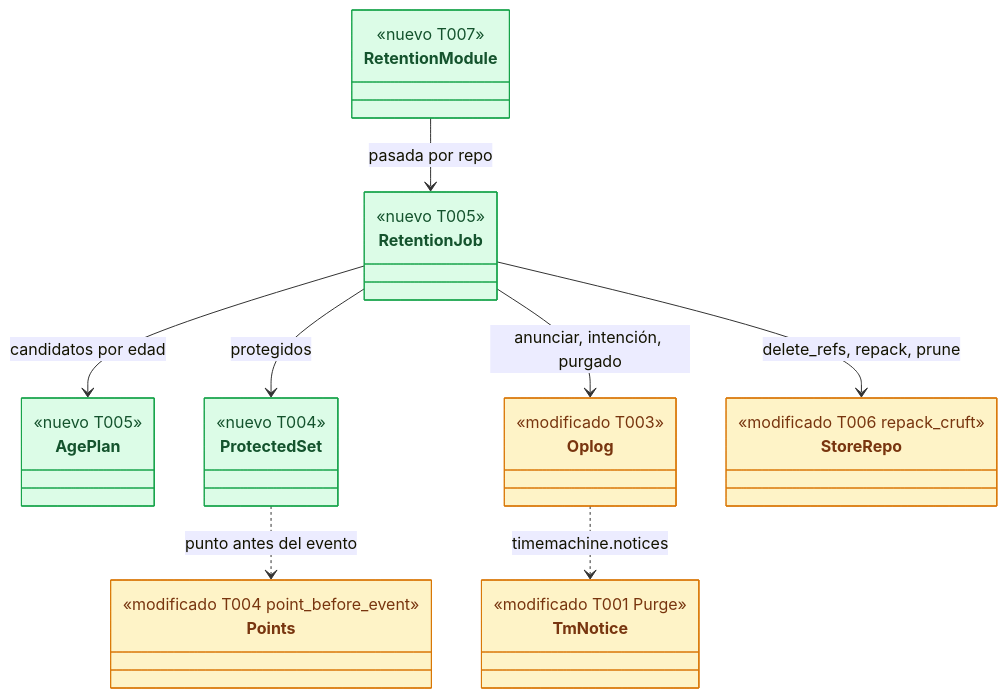
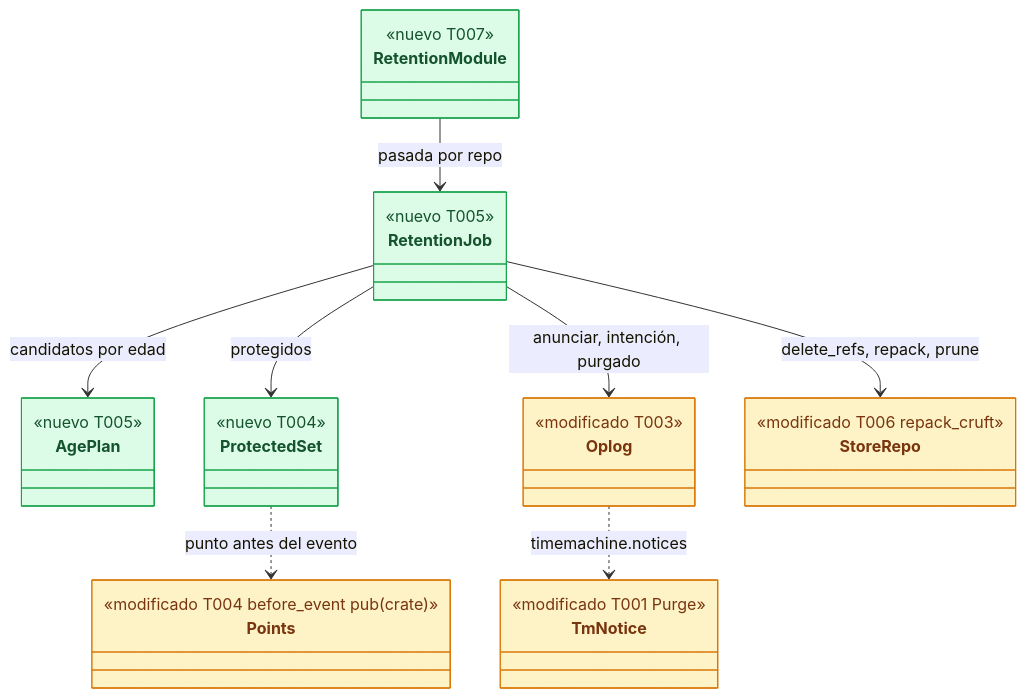
One commit to rbonillajr/gitRaptor changed the first of 3 diagrams in docs/requirements/features/time-machine/dev-specs/US-TMC-016-retencion-por-defecto.md. Above: the diagram before and after it, drawn with Mermaid. The commit also changed other lines of this file and 6 other files, not shown here.

Commit message:
docs(time-machine): apply the architecture review to the storage Dev Specs and amend ADR-TMC-002/003/007

````diff
--- a/docs/requirements/features/time-machine/dev-specs/US-TMC-016-retencion-por-defecto.md
+++ b/docs/requirements/features/time-machine/dev-specs/US-TMC-016-retencion-por-defecto.md
@@ -110,20 +110,20 @@
 ```mermaid
 classDiagram
     class RetentionModule:::nuevo { <<nuevo T007>> }
     class RetentionJob:::nuevo { <<nuevo T005>> }
     class AgePlan:::nuevo { <<nuevo T005>> }
     class ProtectedSet:::nuevo { <<nuevo T004>> }
     class Oplog:::modificado { <<modificado T003>> }
     class StoreRepo:::modificado { <<modificado T006 repack_cruft>> }
     class TmNotice:::modificado { <<modificado T001 Purge>> }
-    class Points:::modificado { <<modificado T004 point_before_event>> }
+    class Points:::modificado { <<modificado T004 before_event pub(crate)>> }
     RetentionModule --> RetentionJob : pasada por repo
     RetentionJob --> ProtectedSet : protegidos
     RetentionJob --> AgePlan : candidatos por edad
     ProtectedSet ..> Points : punto antes del evento
     RetentionJob --> Oplog : anunciar, intención, purgado
     RetentionJob --> StoreRepo : delete_refs, repack, prune
     Oplog ..> TmNotice : timemachine.notices
     classDef nuevo fill:#dcfce7,stroke:#16a34a,color:#14532d
     classDef modificado fill:#fef3c7,stroke:#d97706,color:#78350f
 ```
````
